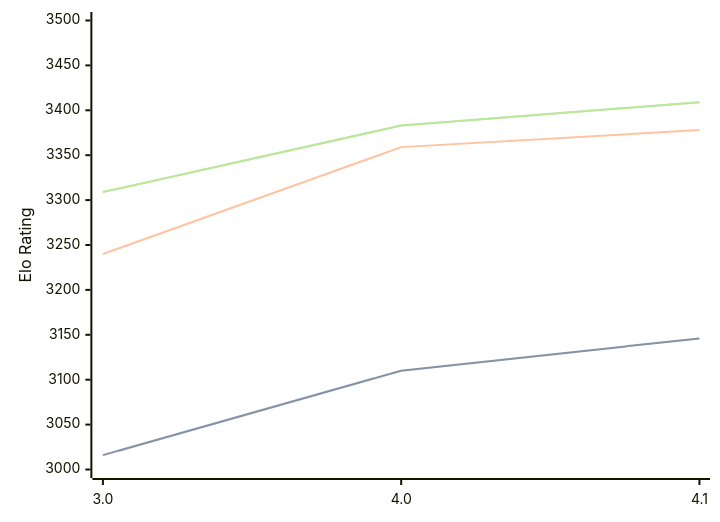
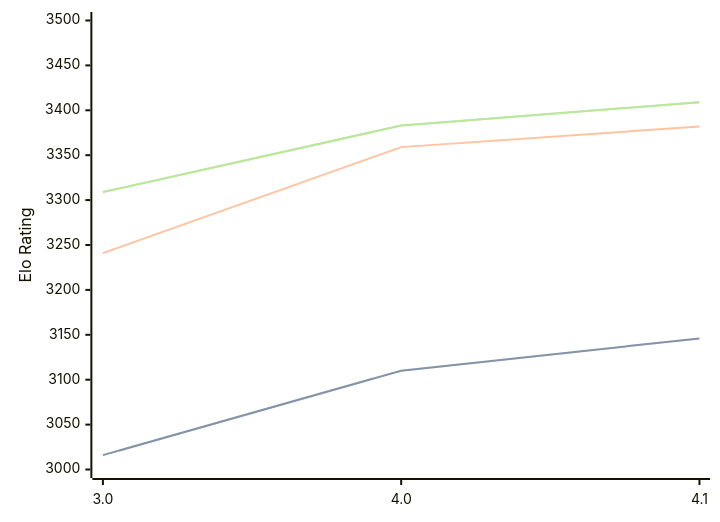
One commit to computer-chess-index/cci changed the diagram in engines/Eleanor.md. Above: the diagram before and after it, drawn with Mermaid. The commit also changed other lines of this file, not shown here.

````diff
--- a/engines/Eleanor.md
+++ b/engines/Eleanor.md
@@ -35,11 +35,11 @@
 ```mermaid
 %%{init: {"theme":"base","themeVariables":{"seriesColors:['#a3a3a3','#222221','#faa371']}}}%%
 xychart-beta
   x-axis ["3.0", "4.0", "4.1"]
   y-axis "Elo Rating" 3000 --> 3500
   line "STC (8.0+0.08s)" [3016, 3110, 3146]
   line "STC (8.0+0.08s)" [3016, 3110, 3146]
-  line "LTC (60.0+0.60s)" [3240, 3359, 3378]
+  line "LTC (60.0+0.60s)" [3241, 3359, 3382]
   line "VLTC (2m24s+1.12s)" [3309, 3383, 3409]
   line "VLTC (2m24s+1.12s)" [3309, 3383, 3409]
 ```
````
